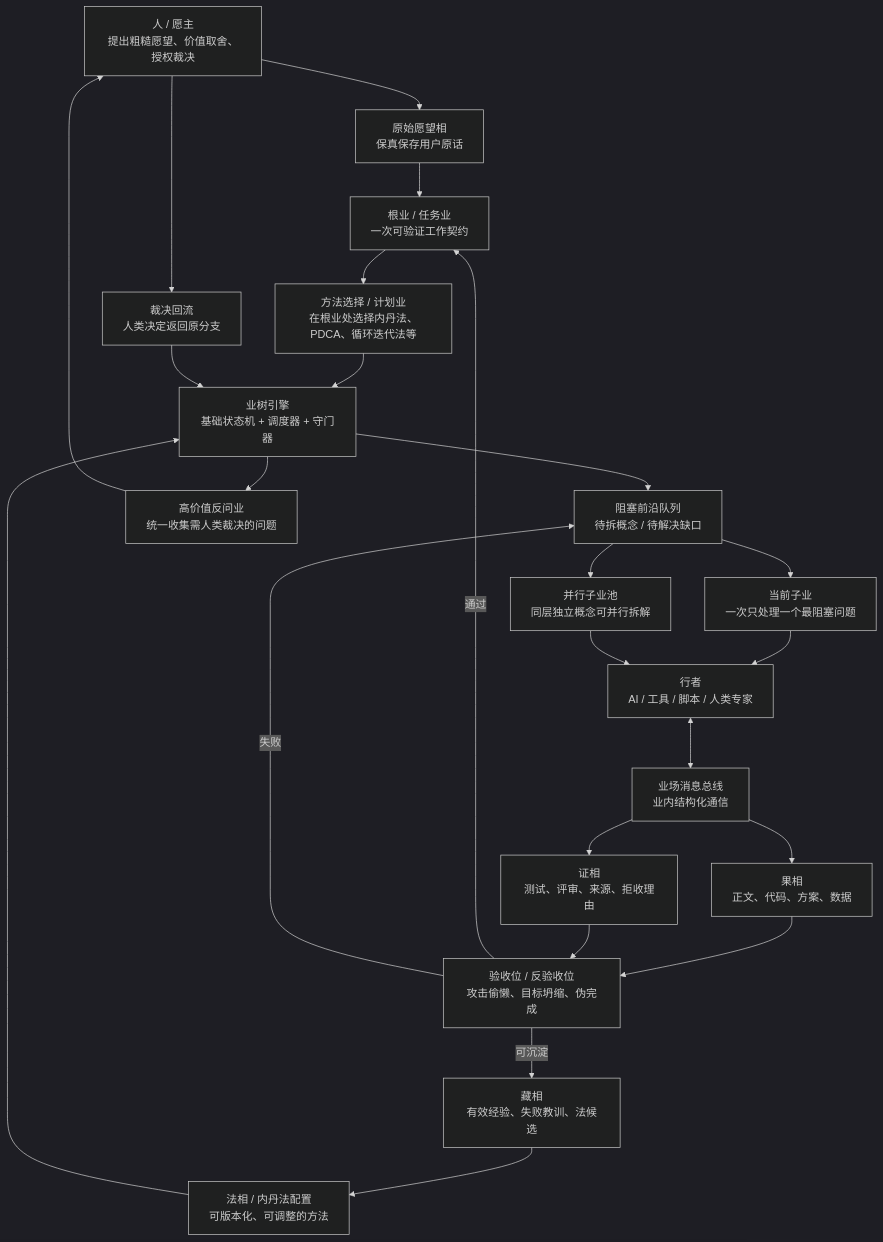
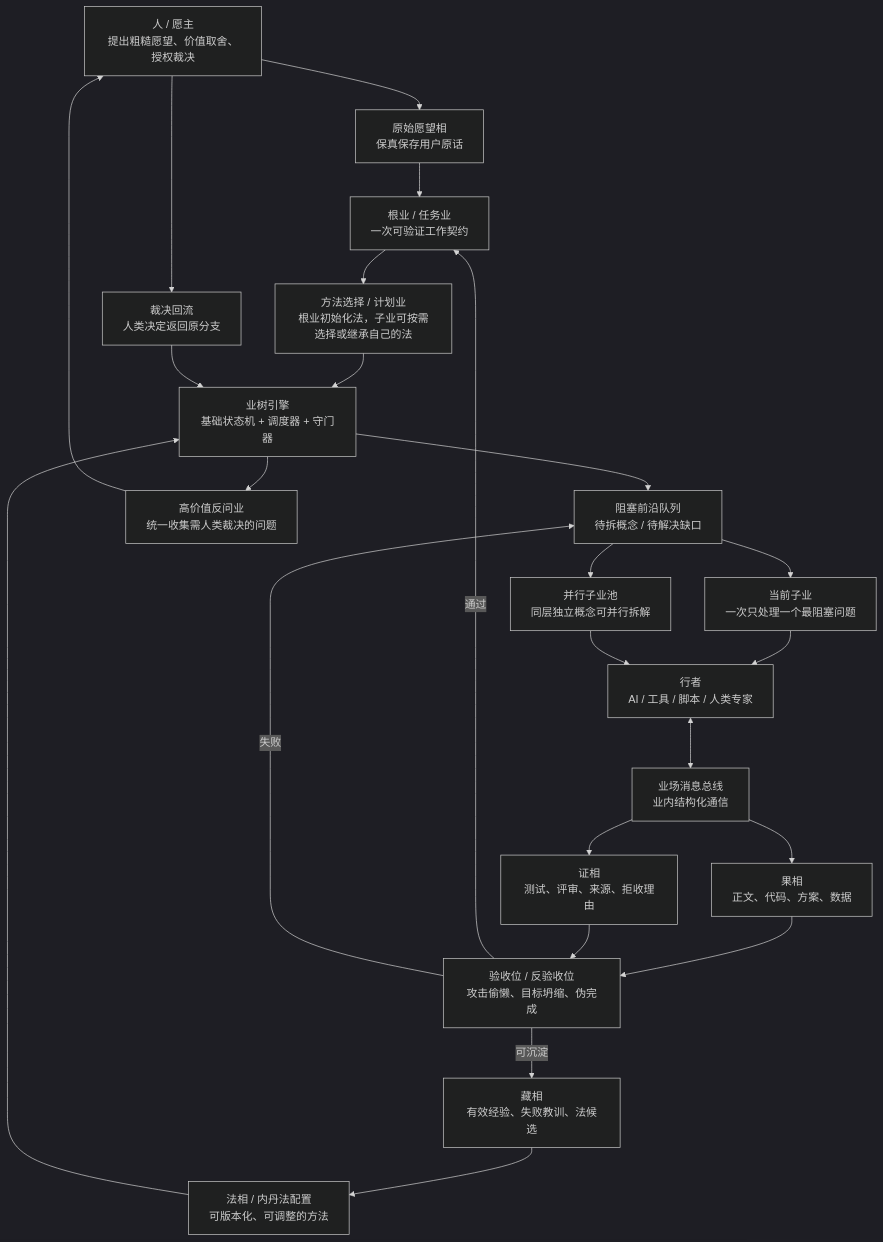
Before and after one commit to tiachuaxiyashua/jingu: the first of 3 diagrams in truth/临时讨论-相业架构业引擎图文说明.md, drawn with Mermaid (dark theme). The commit also changed other lines of this file, not shown here.

````diff
--- a/truth/临时讨论-相业架构业引擎图文说明.md
+++ b/truth/临时讨论-相业架构业引擎图文说明.md
@@ -25,42 +26,42 @@
 ```mermaid
 flowchart TD
     H[人 / 愿主<br/>提出粗糙愿望、价值取舍、授权裁决]
 
     W[原始愿望相<br/>保真保存用户原话]
     Y[根业 / 任务业<br/>一次可验证工作契约]
-    P[方法选择 / 计划业<br/>在根业处选择内丹法、PDCA、循环迭代法等]
+    P[方法选择 / 计划业<br/>根业初始化法，子业可按需选择或继承自己的法]
     M[法相 / 内丹法配置<br/>可版本化、可调整的方法]
     E[业树引擎<br/>基础状态机 + 调度器 + 守门器]
     FQ[阻塞前沿队列<br/>待拆概念 / 待解决缺口]
     HV[高价值反问业<br/>统一收集需人类裁决的问题]
     HR[裁决回流<br/>人类决定返回原分支]
 
     CY[当前子业<br/>一次只处理一个最阻塞问题]
     CP[并行子业池<br/>同层独立概念可并行拆解]
     XZ[行者<br/>AI / 工具 / 脚本 / 人类专家]
     FIELD[业场消息总线<br/>业内结构化通信]
     ART[果相<br/>正文、代码、方案、数据]
     EV[证相<br/>测试、评审、来源、拒收理由]
     V[验收位 / 反验收位<br/>攻击偷懒、目标坍缩、伪完成]
     CANG[藏相<br/>有效经验、失败教训、法候选]
 
     H --> W --> Y
     Y --> P --> E
     M --> E
     E --> FQ
     FQ --> CY
     FQ --> CP
     CY --> XZ
     CP --> XZ
     XZ <--> FIELD
     FIELD --> ART
     FIELD --> EV
     ART --> V
     EV --> V
     V -->|通过| Y
     V -->|失败| FQ
     E --> HV --> H
     H --> HR --> E
     V -->|可沉淀| CANG
     CANG --> M
 ```
````
